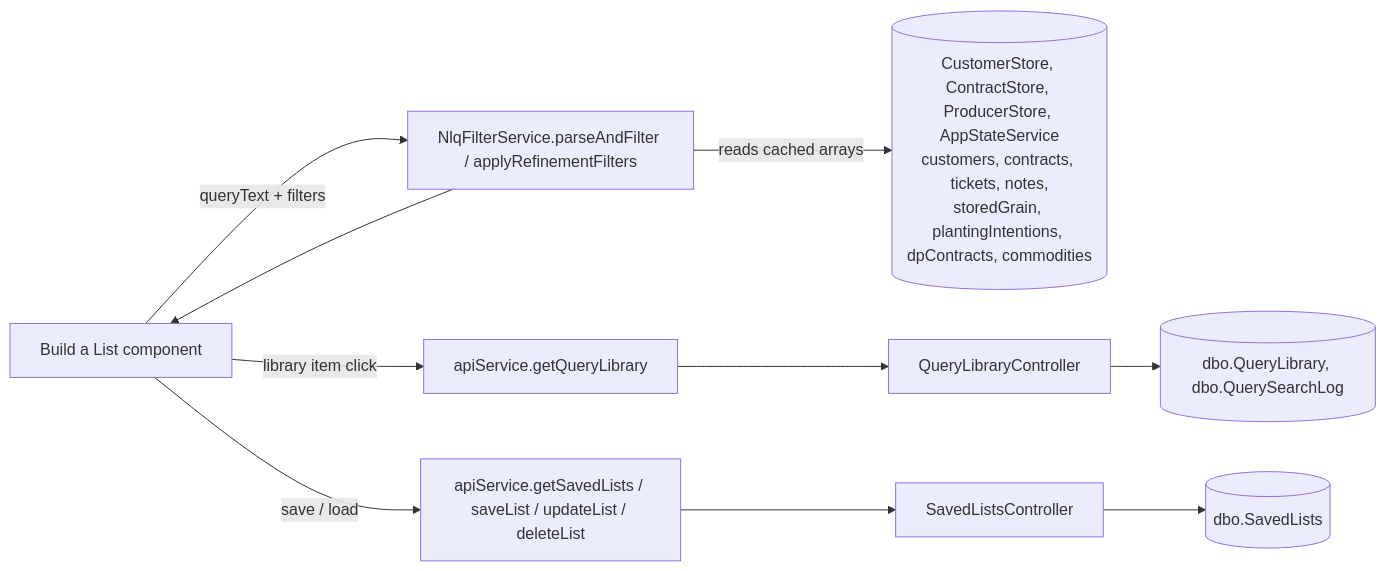
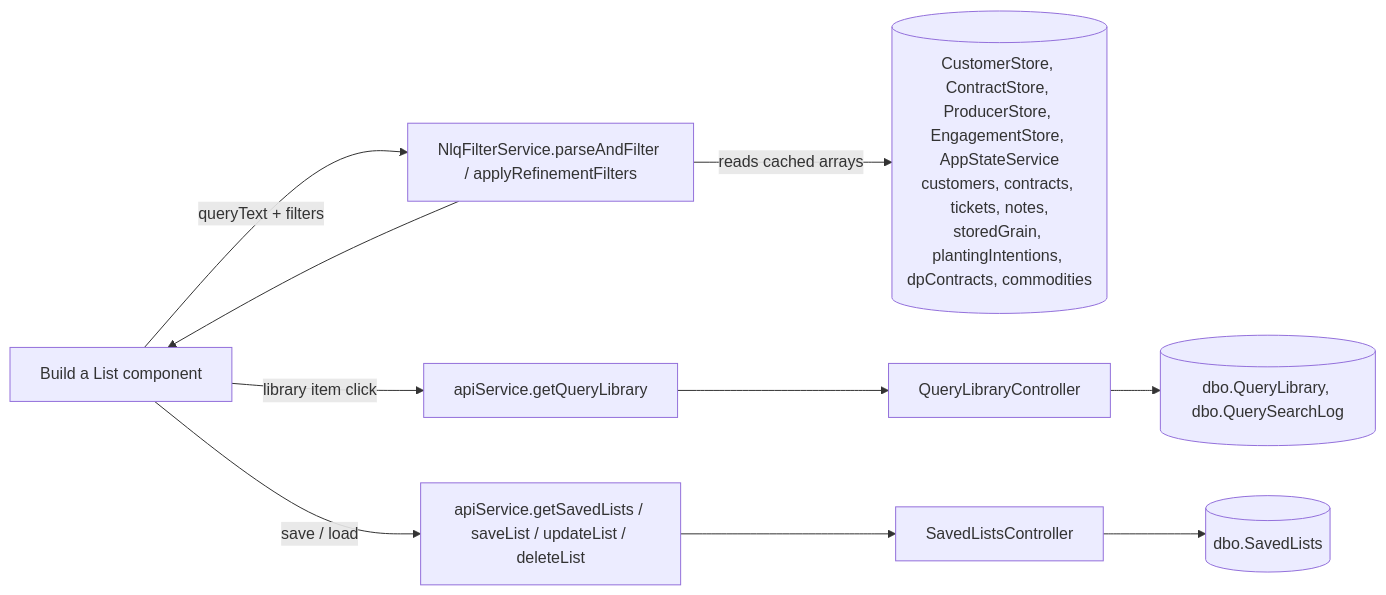
The diagram in docs/application-context/Build a List.md (GrosseLimace/origination), drawn with Mermaid before and after one commit. The commit also changed other lines of this file and 79 other files, not shown here.

First line of the commit message:
refactor(client): move notes and follow-ups into the Engagement module

````diff
--- a/docs/application-context/Build a List.md
+++ b/docs/application-context/Build a List.md
@@ -35,18 +35,18 @@
 ```mermaid
 flowchart LR
     UI[Build a List component]
     NLQ[NlqFilterService.parseAndFilter / applyRefinementFilters]
-    State[(CustomerStore, ContractStore, ProducerStore, AppStateService<br/>customers, contracts, tickets, notes,<br/>storedGrain, plantingIntentions, dpContracts, commodities)]
+    State[(CustomerStore, ContractStore, ProducerStore, EngagementStore, AppStateService<br/>customers, contracts, tickets, notes,<br/>storedGrain, plantingIntentions, dpContracts, commodities)]
     Lib[apiService.getQueryLibrary]
     Saved[apiService.getSavedLists / saveList / updateList / deleteList]
 
     UI -- "queryText + filters" --> NLQ
     NLQ -- "reads cached arrays" --> State
     NLQ --> UI
     UI -- "library item click" --> Lib
     UI -- "save / load" --> Saved
     Lib --> QLC[QueryLibraryController]
     Saved --> SLC[SavedListsController]
     QLC --> DB[(dbo.QueryLibrary, dbo.QuerySearchLog)]
     SLC --> DB2[(dbo.SavedLists)]
 ```
````
